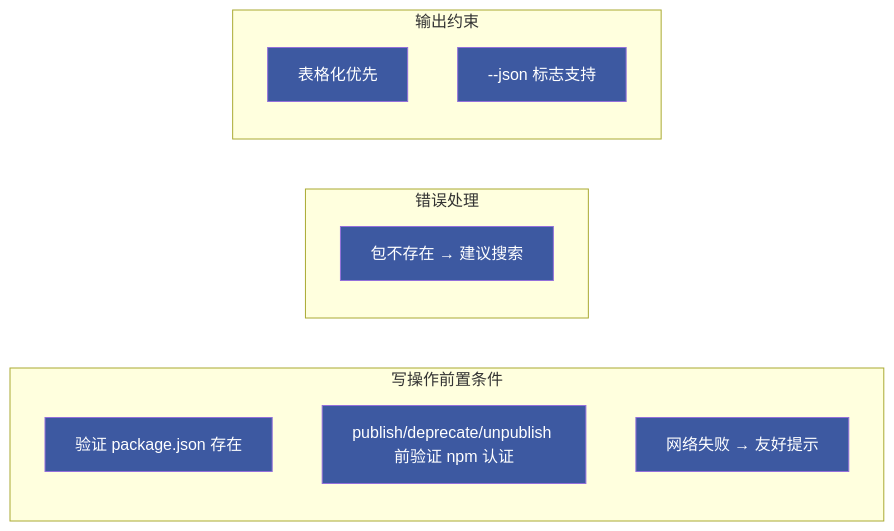
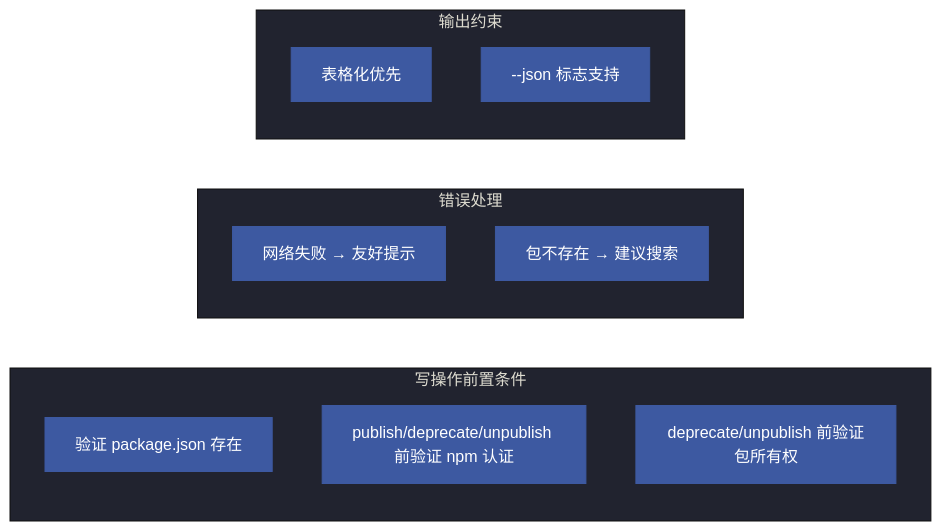
One commit to effiy/YrY changed the second of 5 diagrams in skills/rui-npm/SKILL.md. Above: the diagram before and after it, drawn with Mermaid. The commit also changed other lines of this file and 1028 other files, not shown here.

````diff
--- a/skills/rui-npm/SKILL.md
+++ b/skills/rui-npm/SKILL.md
@@ -94,21 +139,29 @@
 ```mermaid
+%%{init: {'theme': 'base', 'themeVariables': {
+  'primaryColor': '#1e1f2b',
+  'primaryTextColor': '#a9b1d6',
+  'primaryBorderColor': '#3d59a1',
+  'lineColor': '#3d59a1',
+  'secondaryColor': '#2b2d3b',
+  'tertiaryColor': '#21232f'
+}}}%%
 flowchart LR
     subgraph 写前检查["写操作前置条件"]
         direction TB
         R1["验证 package.json 存在"]:::rule
         R2["publish/deprecate/unpublish 前验证 npm 认证"]:::rule
         R3["deprecate/unpublish 前验证包所有权"]:::rule
     end
     subgraph 错误处理["错误处理"]
         direction TB
-        R3["网络失败 → 友好提示"]:::rule
-        R4["包不存在 → 建议搜索"]:::rule
+        R4["网络失败 → 友好提示"]:::rule
+        R5["包不存在 → 建议搜索"]:::rule
     end
     subgraph 输出["输出约束"]
         direction TB
-        R5["表格化优先"]:::rule
-        R6["--json 标志支持"]:::rule
+        R6["表格化优先"]:::rule
+        R7["--json 标志支持"]:::rule
     end
 
     classDef rule fill:#3d59a1,color:#fff
 ```
````
